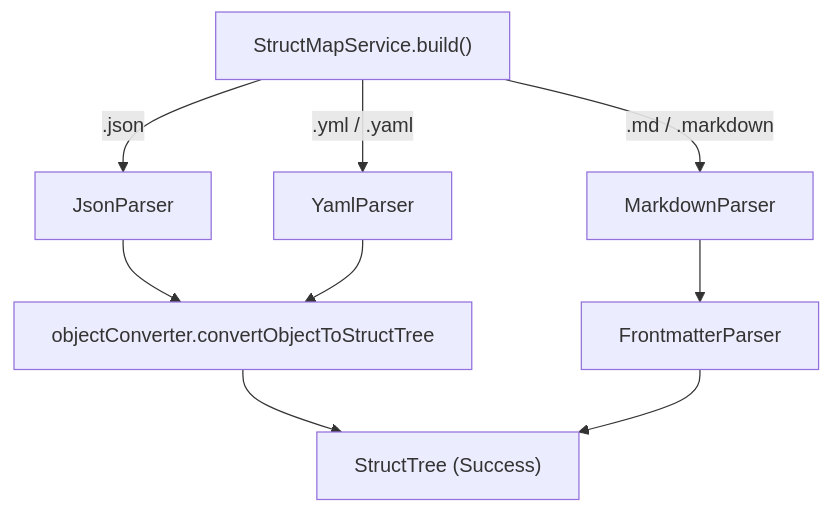
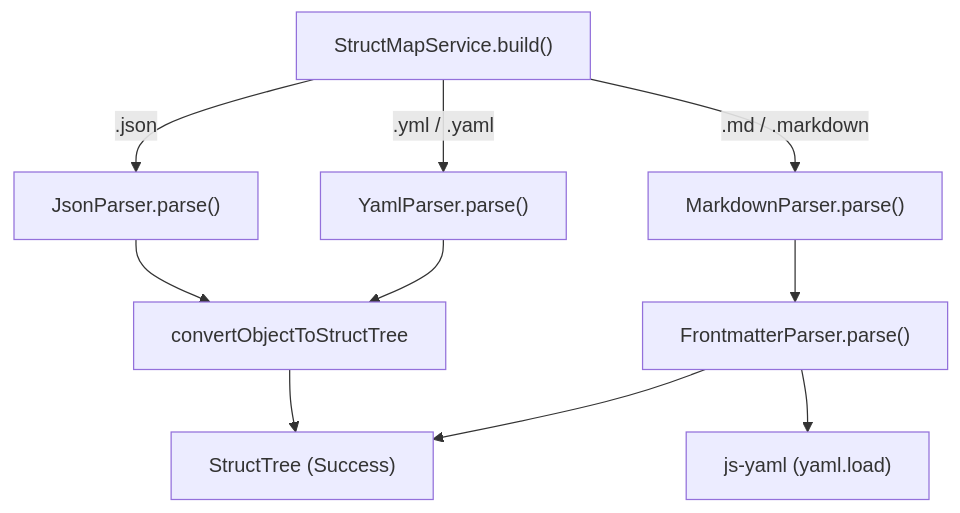
One commit to masanori-satake/StructMap-Solo changed the third of 3 diagrams in docs/DATA_MODEL_AND_PARSERS.md. Above: the diagram before and after it, drawn with Mermaid. The commit also changed other lines of this file and 4 other files, not shown here.

Commit message:
docs: address PR review feedback on developer architecture documentation

````diff
--- a/docs/DATA_MODEL_AND_PARSERS.md
+++ b/docs/DATA_MODEL_AND_PARSERS.md
@@ -139,15 +145,16 @@
 ```mermaid
 graph TD
     Service["StructMapService.build()"]
 
-    Service -->|".json"| JP["JsonParser"]
-    Service -->|".yml / .yaml"| YP["YamlParser"]
-    Service -->|".md / .markdown"| MP["MarkdownParser"]
+    Service -->|".json"| JP["JsonParser.parse()"]
+    Service -->|".yml / .yaml"| YP["YamlParser.parse()"]
+    Service -->|".md / .markdown"| MP["MarkdownParser.parse()"]
 
-    JP --> Converter["objectConverter.convertObjectToStructTree"]
+    JP --> Converter["convertObjectToStructTree"]
     YP --> Converter
-    MP --> FP["FrontmatterParser"]
+    MP --> FP["FrontmatterParser.parse()"]
+    FP --> JSYaml["js-yaml (yaml.load)"]
 
     Converter --> Tree["StructTree (Success)"]
     FP --> Tree
 ```
````
